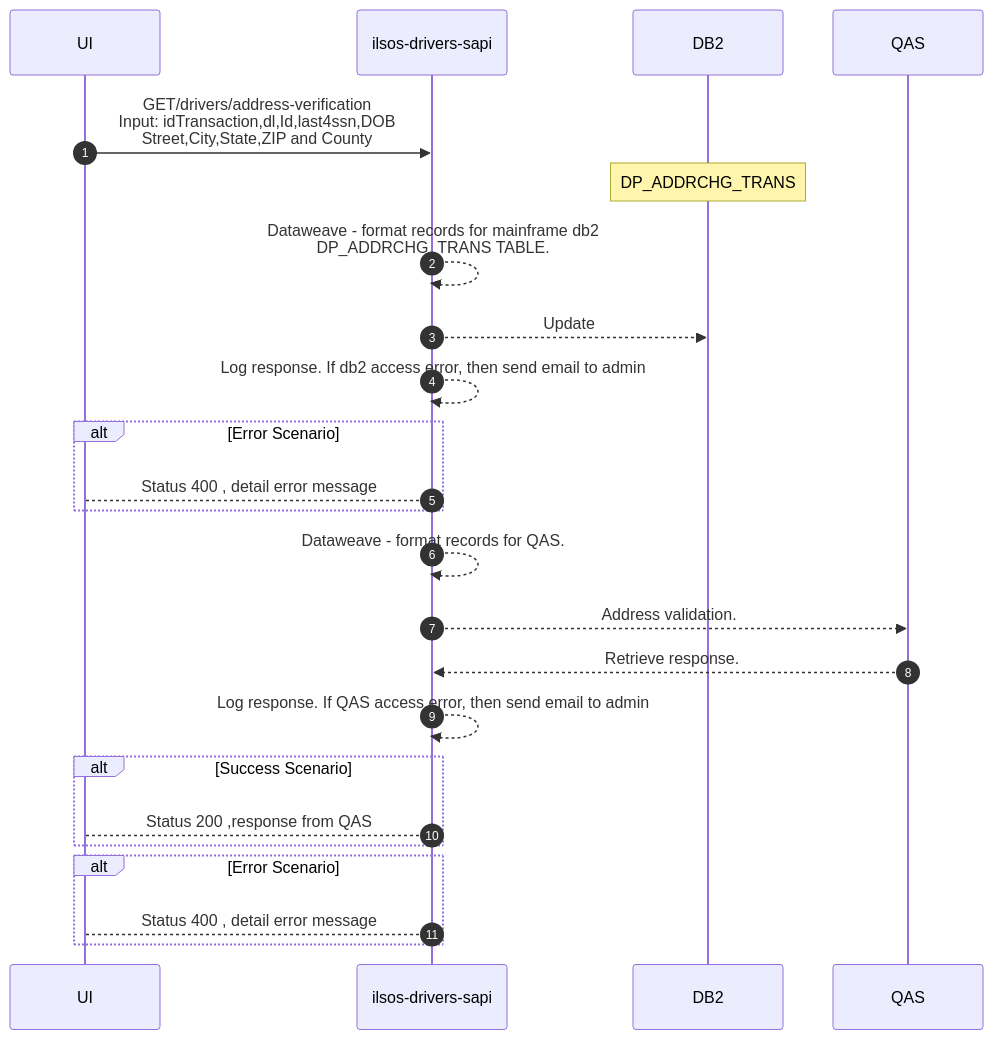
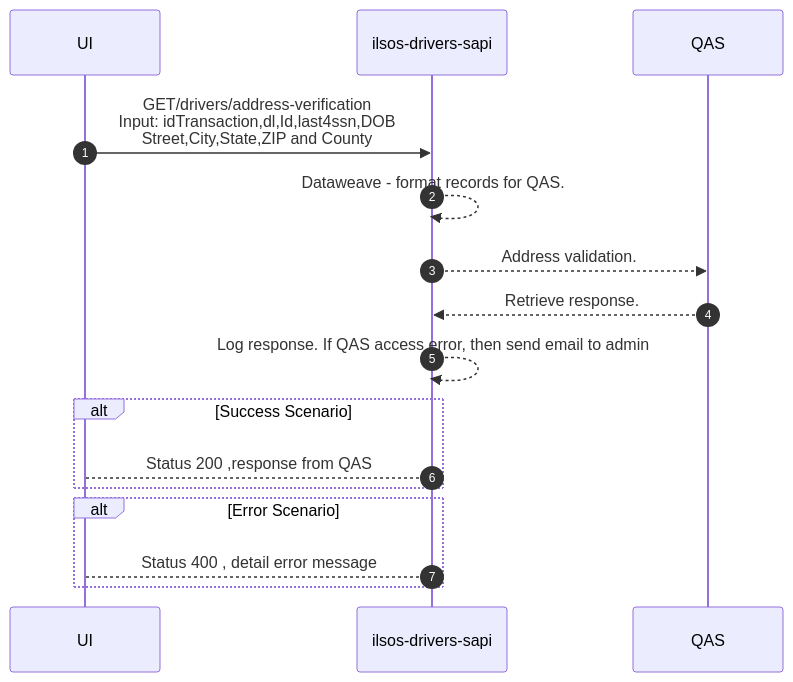
The second of 6 diagrams in README.md (acme-devs/ilsos-drivers-sapi), drawn with Mermaid before and after one commit.

````diff
--- a/README.md
+++ b/README.md
@@ -64,31 +64,19 @@
 ```mermaid
 sequenceDiagram
     autonumber
     participant ui as UI
     participant api as ilsos-drivers-sapi
-    participant db2 as DB2
     participant qas as QAS
 
     ui->>api:GET/drivers/address-verification <br>Input: idTransaction,dl,Id,last4ssn,DOB<br>Street,City,State,ZIP and County
-    note over db2:DP_ADDRCHG_TRANS
-    api-->>api:Dataweave - format records for mainframe db2<BR> DP_ADDRCHG_TRANS TABLE.
-    api-->>db2: Update
-    api-->>api:Log response. If db2 access error, then send email to admin
-    alt Error Scenario 
-        api-->ui: Status 400 , detail error message
-    end
     api-->>api:Dataweave - format records for QAS.
     api-->>qas:Address validation.
     qas-->>api:Retrieve response.
-    
     api-->>api:Log response. If QAS access error, then send email to admin
     alt Success Scenario 
         api-->ui: Status 200 ,response from QAS
     end
     alt Error Scenario 
         api-->ui: Status 400 , detail error message
     end
-    
-    
-
 ```
````
